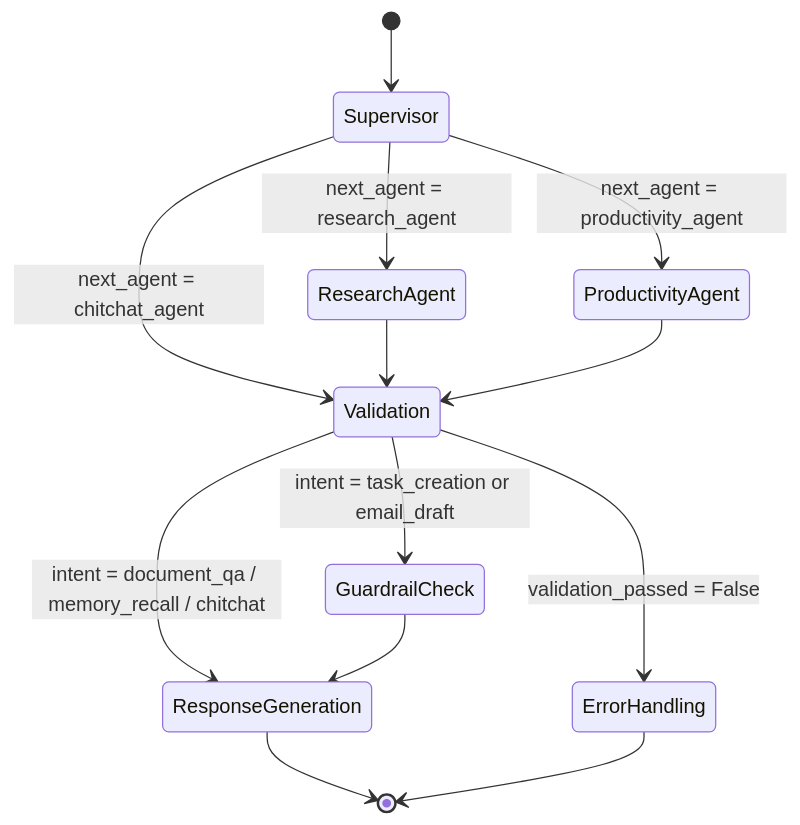
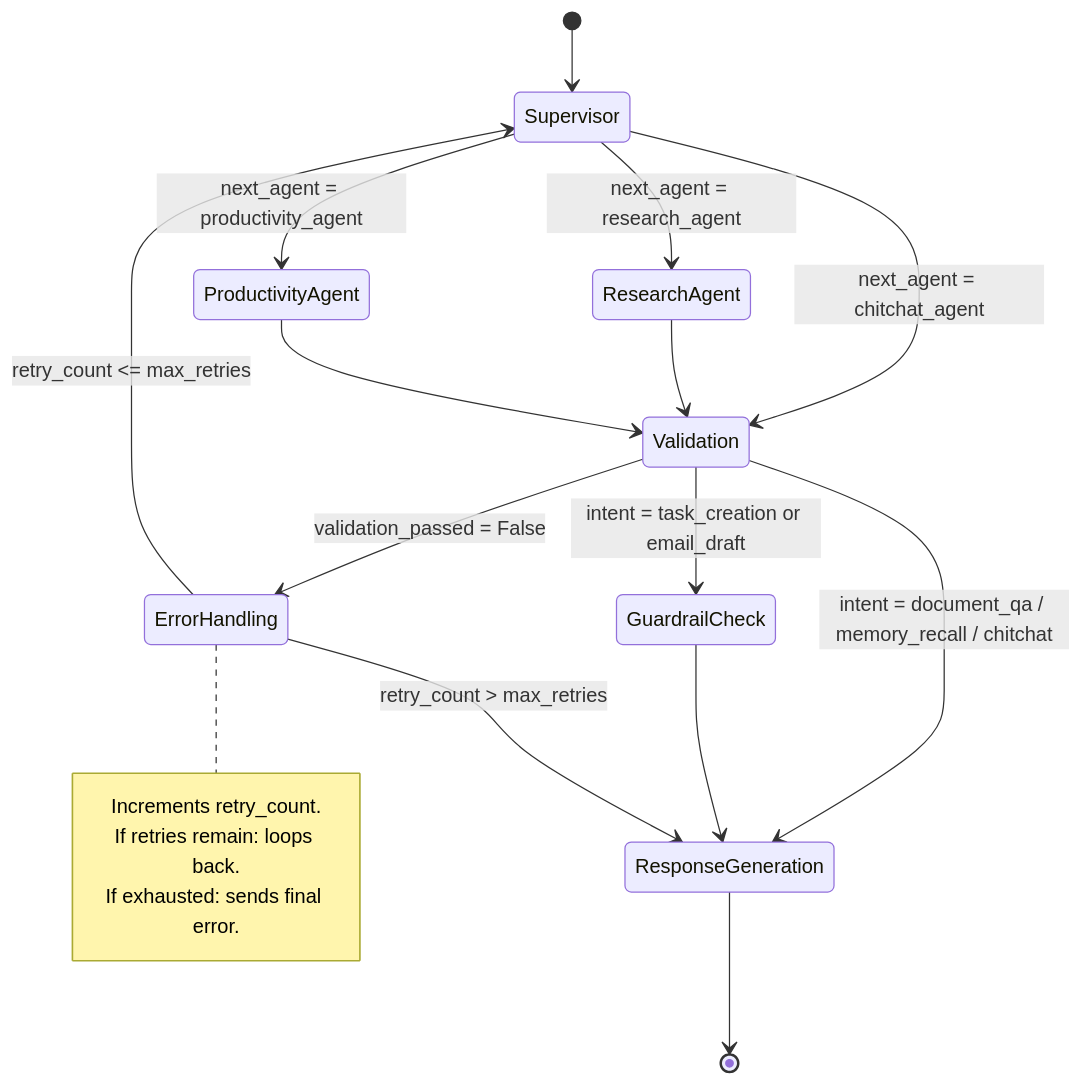
The fourth of 9 diagrams in workmate/ARCHITECTURE.md (satwinder-kaur11/ai_assistant_workspace), drawn with Mermaid before and after one commit. The commit also changed other lines of this file and 1 other file, not shown here.

First line of the commit message:
docs: rebuild architecture to v3 with retry loop and 10 diagrams

````diff
--- a/workmate/ARCHITECTURE.md
+++ b/workmate/ARCHITECTURE.md
@@ -130,19 +127,28 @@
 ```mermaid
 stateDiagram-v2
     [*] --> Supervisor
 
-    Supervisor --> ResearchAgent    : next_agent = research_agent
-    Supervisor --> ProductivityAgent: next_agent = productivity_agent
-    Supervisor --> Validation       : next_agent = chitchat_agent
+    Supervisor --> ResearchAgent     : next_agent = research_agent
+    Supervisor --> ProductivityAgent : next_agent = productivity_agent
+    Supervisor --> Validation        : next_agent = chitchat_agent
 
     ResearchAgent     --> Validation
     ProductivityAgent --> Validation
 
-    Validation --> GuardrailCheck      : intent = task_creation or email_draft
-    Validation --> ResponseGeneration  : intent = document_qa / memory_recall / chitchat
-    Validation --> ErrorHandling       : validation_passed = False
+    Validation --> GuardrailCheck     : intent = task_creation or email_draft
+    Validation --> ResponseGeneration : intent = document_qa / memory_recall / chitchat
+    Validation --> ErrorHandling      : validation_passed = False
 
     GuardrailCheck    --> ResponseGeneration
+
+    note right of ErrorHandling
+        Increments retry_count.
+        If retries remain: loops back.
+        If exhausted: sends final error.
+    end note
+
+    ErrorHandling --> Supervisor        : retry_count <= max_retries
+    ErrorHandling --> ResponseGeneration: retry_count > max_retries
+
     ResponseGeneration --> [*]
-    ErrorHandling      --> [*]
 ```
````
